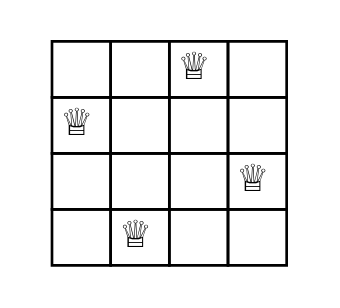
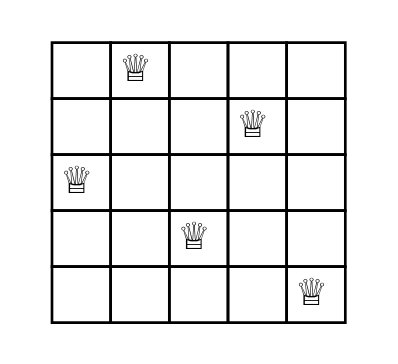
Before and after one commit to CSUNSA1704250/parallel-nqueens-problem-wil: the diagram in graph.dot, drawn with Graphviz. The commit also changed 2 other files, not shown here.

```diff
--- a/graph.dot
+++ b/graph.dot
@@ -1,12 +1,13 @@
 digraph D {
 node[shape = plaintext]
 some_node[
 label = <
 <table border = "0" cellborder = "1" cellspacing = "0">
-<tr><td> </td><td> </td><td>&#9813; </td><td> </td></tr> 
-<tr><td>&#9813; </td><td> </td><td> </td><td> </td></tr> 
-<tr><td> </td><td> </td><td> </td><td>&#9813; </td></tr> 
-<tr><td> </td><td>&#9813; </td><td> </td><td> </td></tr> 
+<tr><td> </td><td>&#9813; </td><td> </td><td> </td><td> </td></tr> 
+<tr><td> </td><td> </td><td> </td><td>&#9813; </td><td> </td></tr> 
+<tr><td>&#9813; </td><td> </td><td> </td><td> </td><td> </td></tr> 
+<tr><td> </td><td> </td><td>&#9813; </td><td> </td><td> </td></tr> 
+<tr><td> </td><td> </td><td> </td><td> </td><td>&#9813; </td></tr> 
 </table>>
  ];
  }
```
